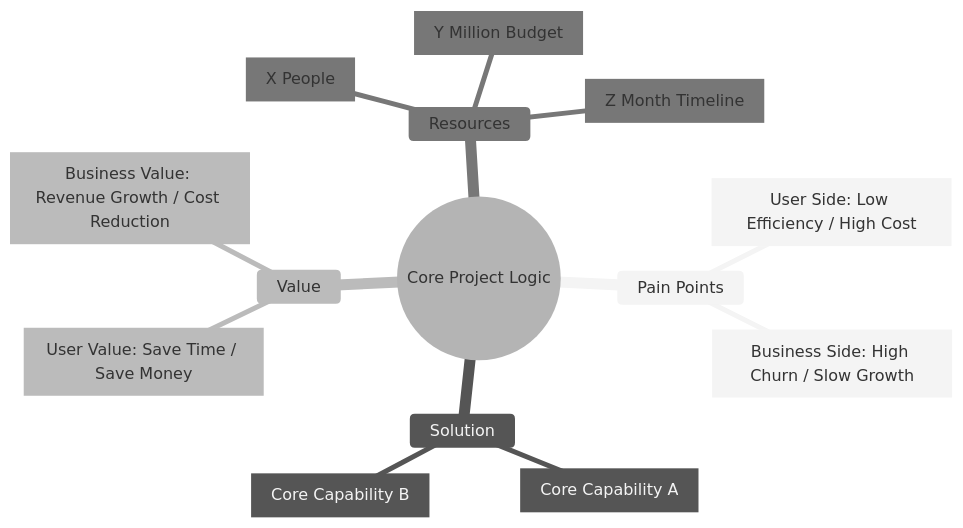
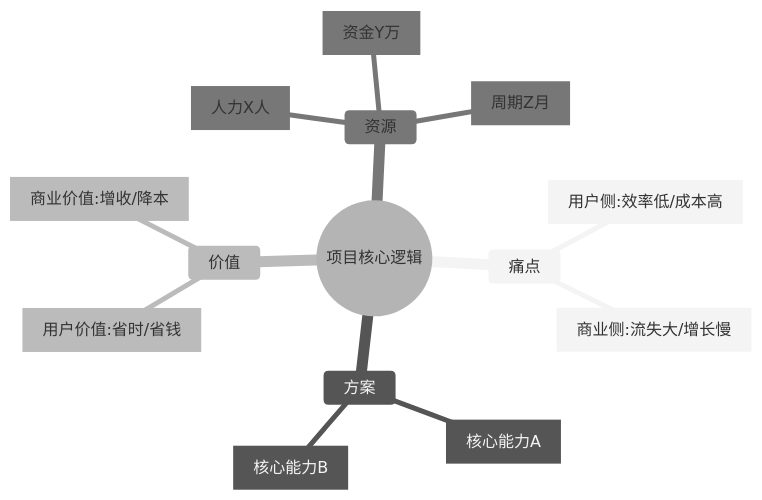
The first of 9 diagrams in templates/Product/Strategy/Template-BRD.md (Kirky-X/cangjie), drawn with Mermaid (neutral theme) before and after one commit. The commit also changed other lines of this file and 33 other files, not shown here.

````diff
--- a/templates/Product/Strategy/Template-BRD.md
+++ b/templates/Product/Strategy/Template-BRD.md
@@ -57,17 +57,17 @@
 ```mermaid
 mindmap
-  root((Core Project Logic))
-    Pain Points
-      [User Side: Low Efficiency / High Cost]
-      [Business Side: High Churn / Slow Growth]
-    Solution
-      [Core Capability A]
-      [Core Capability B]
-    Value
-      [User Value: Save Time / Save Money]
-      [Business Value: Revenue Growth / Cost Reduction]
-    Resources
-      [X People]
-      [Y Million Budget]
-      [Z Month Timeline]
+  root((项目核心逻辑))
+    痛点
+      [用户侧:效率低/成本高]
+      [商业侧:流失大/增长慢]
+    方案
+      [核心能力A]
+      [核心能力B]
+    价值
+      [用户价值:省时/省钱]
+      [商业价值:增收/降本]
+    资源
+      [人力X人]
+      [资金Y万]
+      [周期Z月]
 ```
````
